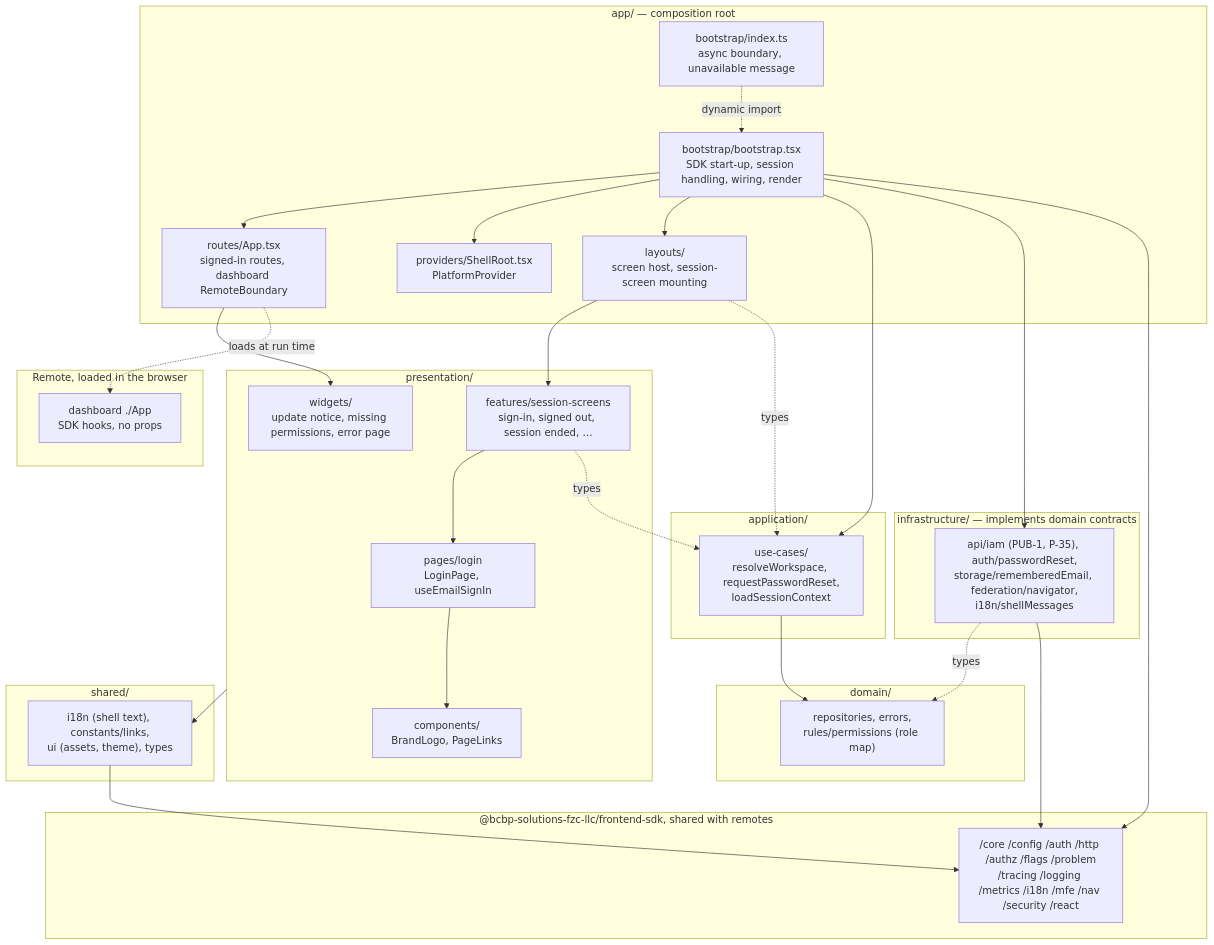
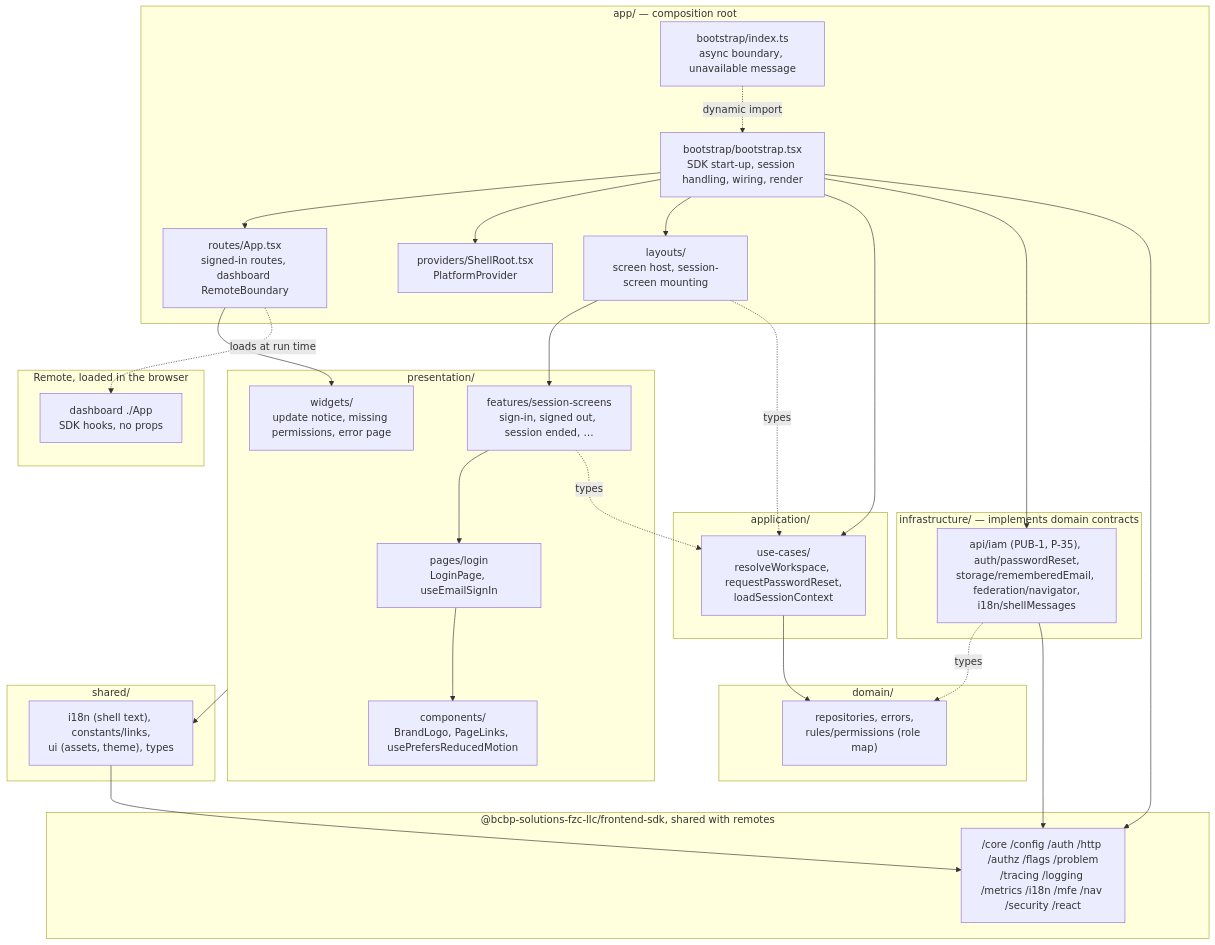
One commit to BCBP-SOLUTIONS-FZC-LLC/web-shell changed the diagram in docs/architecture/mermaid/layer-model.mmd. Above: the diagram before and after it, drawn with Mermaid. The commit also changed 17 other files, not shown here.

```diff
--- a/docs/architecture/mermaid/layer-model.mmd
+++ b/docs/architecture/mermaid/layer-model.mmd
@@ -1,59 +1,59 @@
 graph TD
     subgraph app["app/ — composition root"]
         index["bootstrap/index.ts\nasync boundary, unavailable message"]
         boot["bootstrap/bootstrap.tsx\nSDK start-up, session handling, wiring, render"]
         routes["routes/App.tsx\nsigned-in routes, dashboard RemoteBoundary"]
         providers["providers/ShellRoot.tsx\nPlatformProvider"]
         layouts["layouts/\nscreen host, session-screen mounting"]
     end
 
     subgraph presentation["presentation/"]
         pages["pages/login\nLoginPage, useEmailSignIn"]
         features["features/session-screens\nsign-in, signed out, session ended, …"]
         widgets["widgets/\nupdate notice, missing permissions, error page"]
-        components["components/\nBrandLogo, PageLinks"]
+        components["components/\nBrandLogo, PageLinks, usePrefersReducedMotion"]
     end
 
     subgraph application["application/"]
         usecases["use-cases/\nresolveWorkspace, requestPasswordReset,\nloadSessionContext"]
     end
 
     subgraph domain["domain/"]
         dom["repositories, errors,\nrules/permissions (role map)"]
     end
 
     subgraph infrastructure["infrastructure/ — implements domain contracts"]
         infra["api/iam (PUB-1, P-35), auth/passwordReset,\nstorage/rememberedEmail, federation/navigator,\ni18n/shellMessages"]
     end
 
     subgraph shared["shared/"]
         sh["i18n (shell text), constants/links,\nui (assets, theme), types"]
     end
 
     subgraph sdk["@bcbp-solutions-fzc-llc/frontend-sdk, shared with remotes"]
         sdkmods["/core /config /auth /http /authz /flags /problem\n/tracing /logging /metrics /i18n /mfe /nav /security /react"]
     end
 
     subgraph remote["Remote, loaded in the browser"]
         dashboard["dashboard ./App\nSDK hooks, no props"]
     end
 
     index -. dynamic import .-> boot
     boot --> routes
     boot --> providers
     boot --> layouts
     boot --> usecases
     boot --> infra
     boot --> sdkmods
     routes --> widgets
     routes -. loads at run time .-> dashboard
     layouts --> features
     features --> pages
     pages --> components
     features -. types .-> usecases
     layouts -. types .-> usecases
     usecases --> dom
     infra -. types .-> dom
     infra --> sdkmods
     presentation --> sh
     sh --> sdkmods
```
